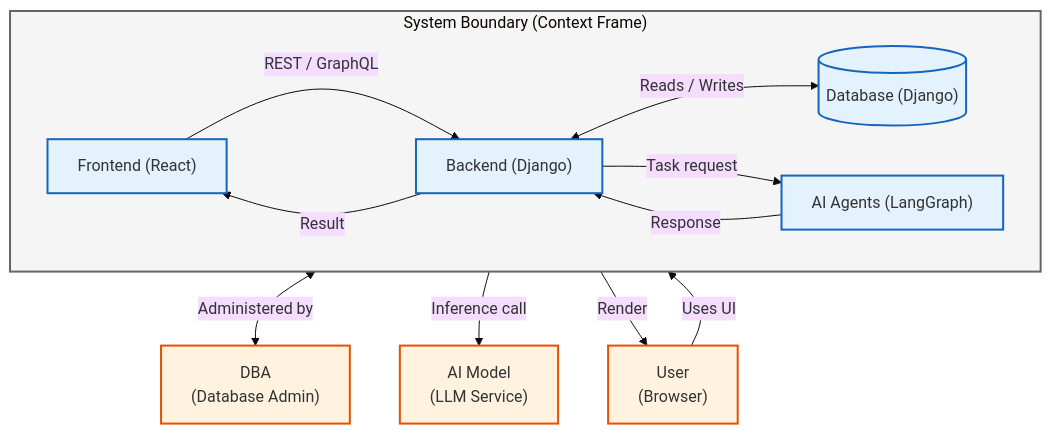
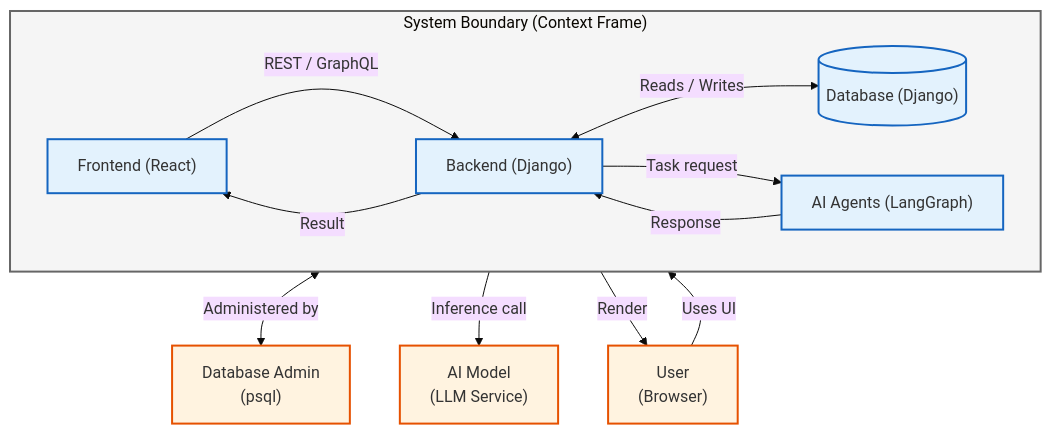
The diagram in README.md (muhegab/simple_interesting_01), drawn with Mermaid (base theme) before and after one commit. The commit also changed other lines of this file, not shown here.

````diff
--- a/README.md
+++ b/README.md
@@ -71,36 +5,36 @@
 ```mermaid  
 flowchart TB
     %% External blocks
     User["User<br/>(Browser)"]
-    DBA["DBA<br/>(Database Admin)"]
+    DBA["Database Admin<br/>(psql)"]
     AIModel["AI Model<br/>(LLM Service)"]
 
     %% System boundary / context frame
     subgraph System["System Boundary (Context Frame)"]
         direction LR
         FE["Frontend (React)"]
         BE["Backend (Django)"]
         DB[("Database (Django)")]
         AI["AI Agents (LangGraph)"]
     end
 
     %% Connections
     User -->|"Uses UI"| FE
     FE -->|"REST / GraphQL"| BE
     BE <-->|"Reads / Writes"| DB
     DB <-->|"Administered by"| DBA
     BE -->|"Task request"| AI
     AI -->|"Inference call"| AIModel
     AI -->|"Response"| BE
     BE -->|"Result"| FE
     FE -->|"Render"| User
 
     %% Styling
     classDef external fill:#fff3e0,stroke:#e65100,stroke-width:2px;
     classDef internal fill:#e3f2fd,stroke:#1565c0,stroke-width:2px;
 
     class User,DBA,AIModel external;
     class FE,BE,DB,AI internal;
 
     style System fill:#f5f5f5,stroke:#666,stroke-width:2px;
 ```
````
